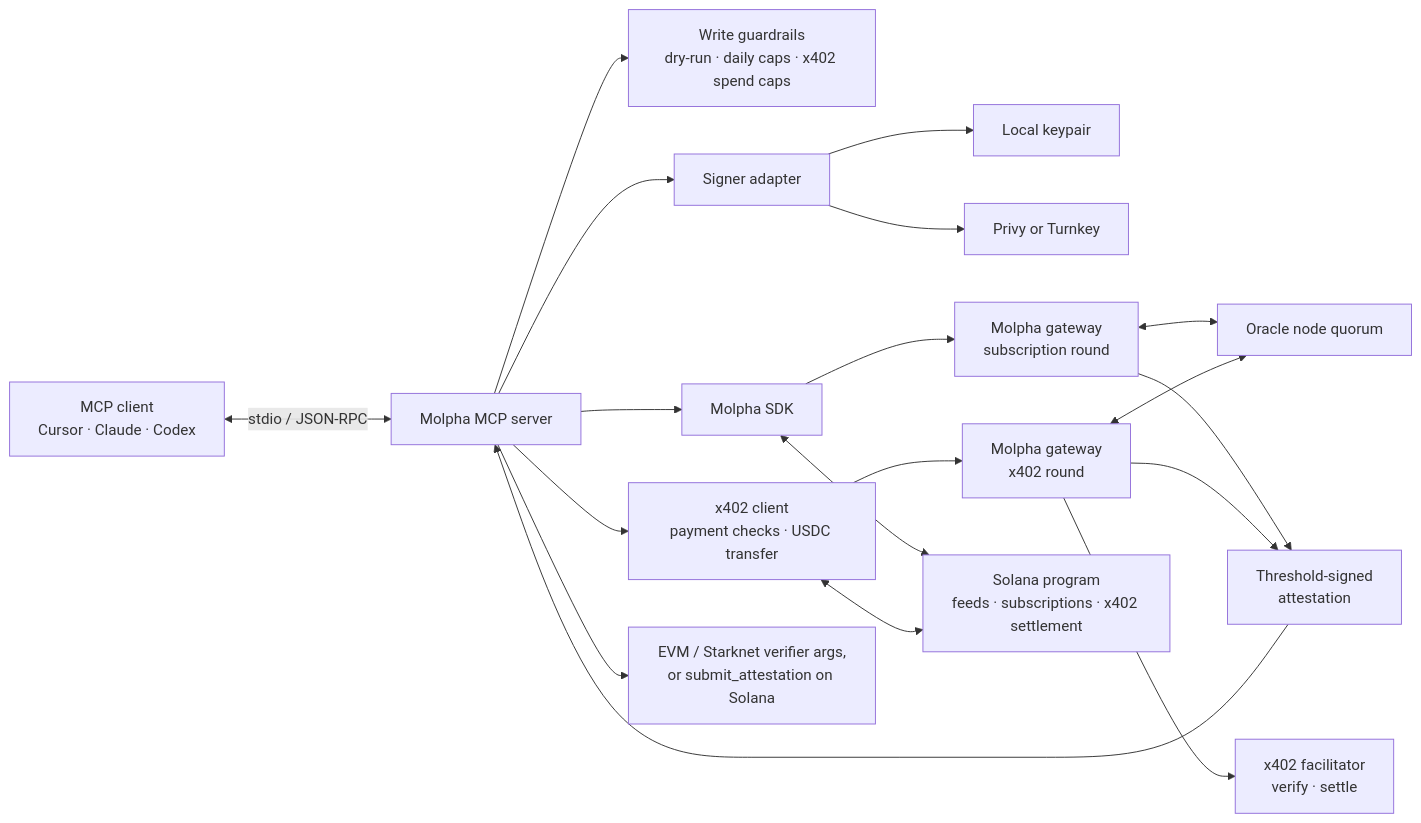
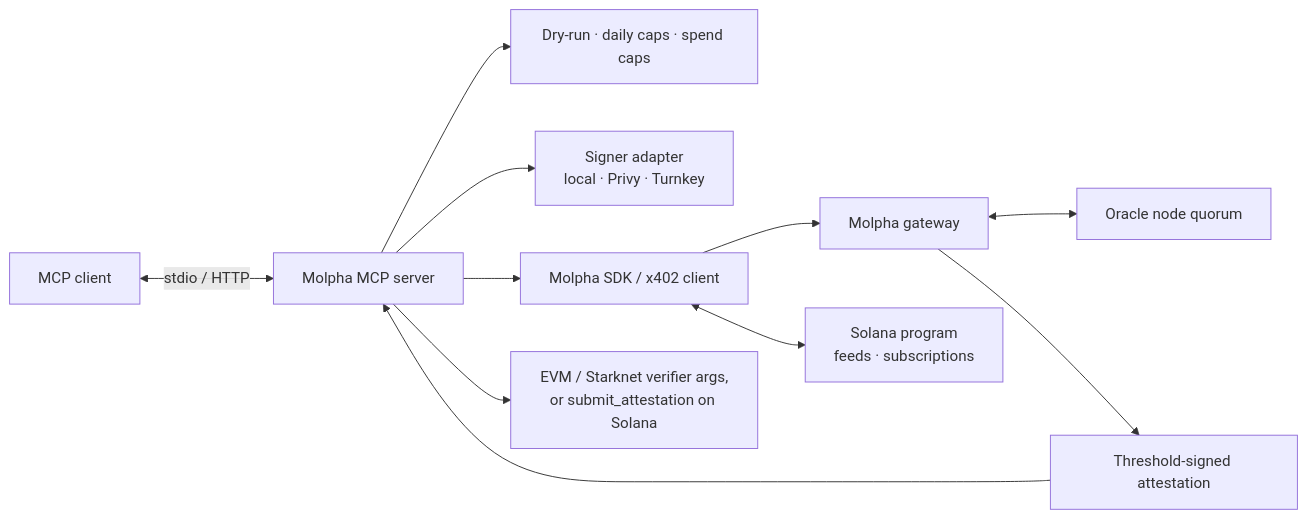
The diagram in README.md (molpha/mcp), drawn with Mermaid before and after one commit. The commit also changed other lines of this file and 2 other files, not shown here.

````diff
--- a/README.md
+++ b/README.md
@@ -239,21 +119,13 @@
 ```mermaid
 flowchart LR
-    Client["MCP client<br/>Cursor · Claude · Codex"] <-->|"stdio / JSON-RPC"| Server["Molpha MCP server"]
-    Server --> Guardrails["Write guardrails<br/>dry-run · daily caps · x402 spend caps"]
-    Server --> Signer["Signer adapter"]
-    Signer --> Memory["Local keypair"]
-    Signer --> Keychain["Privy or Turnkey"]
-    Server --> SDK["Molpha SDK"]
-    Server --> X402["x402 client<br/>payment checks · USDC transfer"]
-    SDK --> Gateway["Molpha gateway<br/>subscription round"]
-    X402 --> Gateway2["Molpha gateway<br/>x402 round"]
-    Gateway2 --> Facilitator["x402 facilitator<br/>verify · settle"]
+    Client["MCP client"] <-->|"stdio / HTTP"| Server["Molpha MCP server"]
+    Server --> Guardrails["Dry-run · daily caps · spend caps"]
+    Server --> Signer["Signer adapter<br/>local · Privy · Turnkey"]
+    Server --> SDK["Molpha SDK / x402 client"]
+    SDK --> Gateway["Molpha gateway"]
     Gateway <--> Nodes["Oracle node quorum"]
-    Gateway2 <--> Nodes
-    SDK <--> Solana["Solana program<br/>feeds · subscriptions · x402 settlement"]
-    X402 <--> Solana
-    Gateway --> Artifact["Threshold-signed<br/>attestation"]
-    Gateway2 --> Artifact
+    SDK <--> Solana["Solana program<br/>feeds · subscriptions"]
+    Gateway --> Artifact["Threshold-signed attestation"]
     Artifact --> Server
     Server --> Args["EVM / Starknet verifier args,<br/>or submit_attestation on Solana"]
 ```
````
